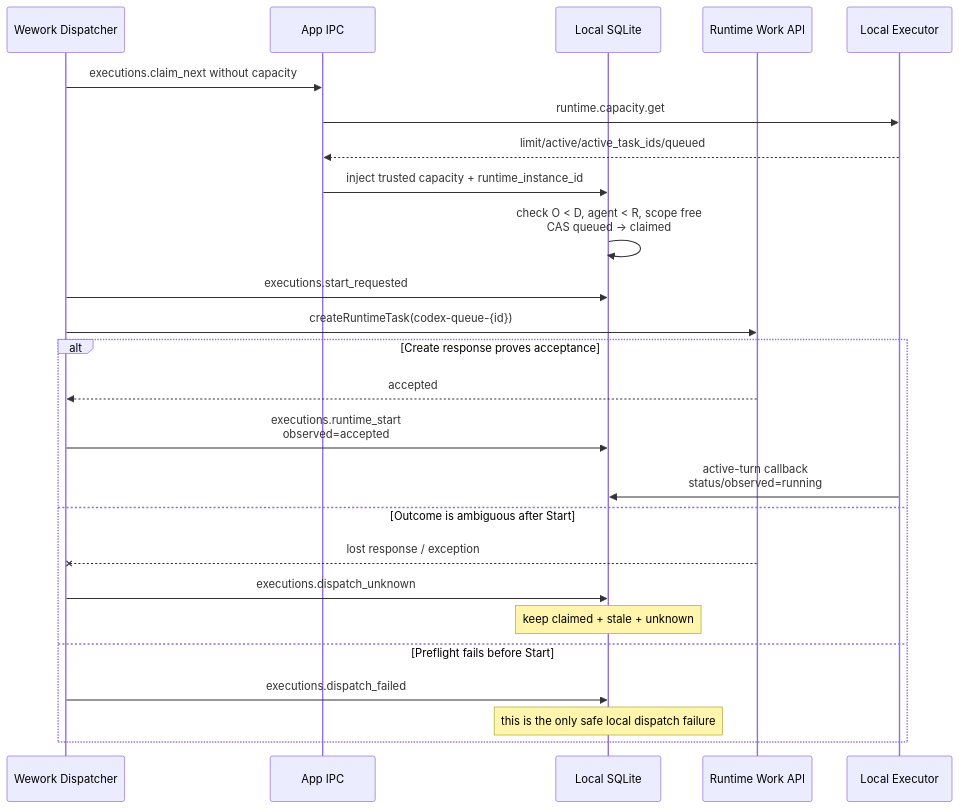
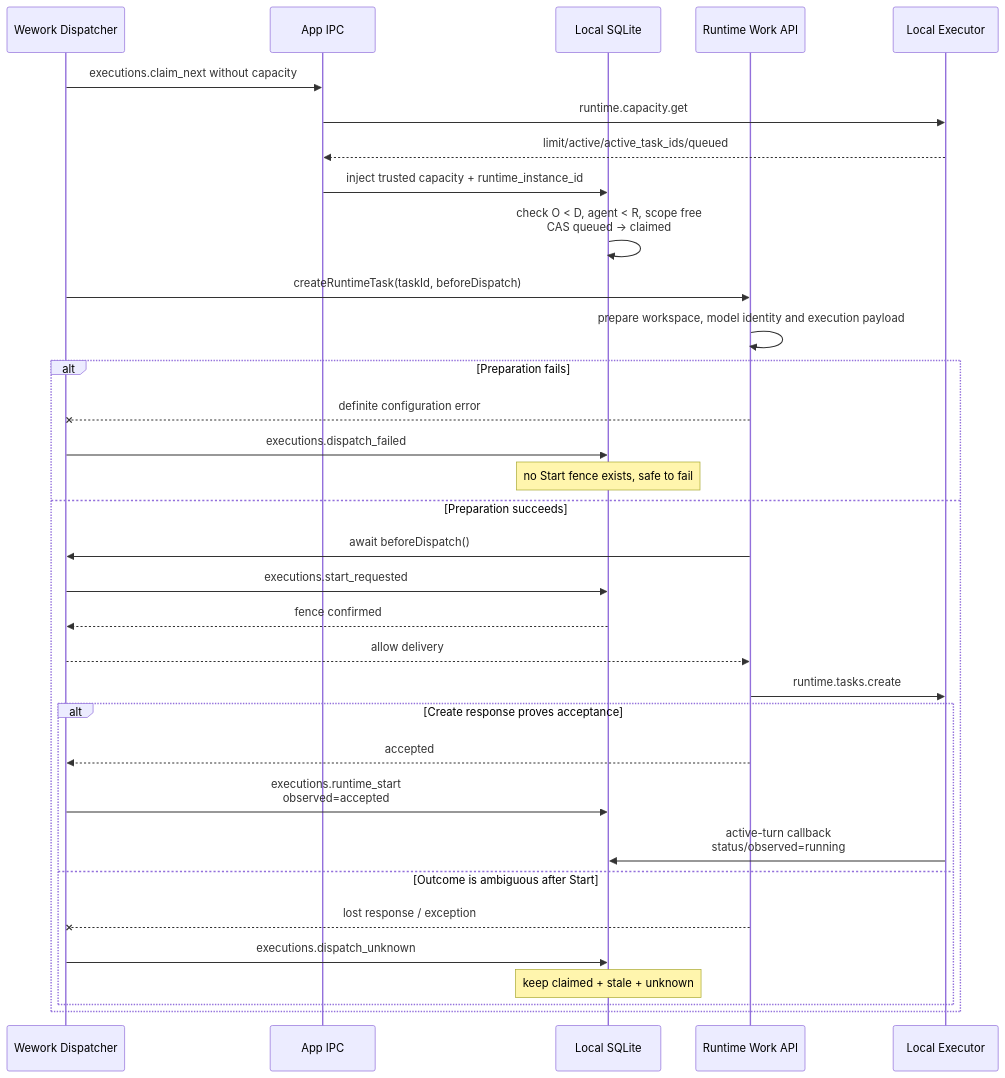
The fifth of 11 diagrams in docs/en/wework/developer-guide/wework-project-execution-state-truth-refactoring.md (wecode-ai/Wegent), drawn with Mermaid before and after one commit. The commit also changed other lines of this file and 11 other files, not shown here.

Commit message:
fix(wework): prepare runtime requests before fencing delivery

````diff
--- a/docs/en/wework/developer-guide/wework-project-execution-state-truth-refactoring.md
+++ b/docs/en/wework/developer-guide/wework-project-execution-state-truth-refactoring.md
@@ -219,27 +219,35 @@
 ```mermaid
 sequenceDiagram
   participant APP as Wework Dispatcher
   participant IPC as App IPC
   participant SQL as Local SQLite
   participant API as Runtime Work API
   participant R as Local Executor
   APP->>IPC: executions.claim_next without capacity
   IPC->>R: runtime.capacity.get
   R-->>IPC: limit/active/active_task_ids/queued
   IPC->>SQL: inject trusted capacity + runtime_instance_id
   SQL->>SQL: check O < D, agent < R, scope free<br/>CAS queued → claimed
-  APP->>SQL: executions.start_requested
-  APP->>API: createRuntimeTask(codex-queue-{id})
-  alt Create response proves acceptance
-    API-->>APP: accepted
-    APP->>SQL: executions.runtime_start<br/>observed=accepted
-    R->>SQL: active-turn callback<br/>status/observed=running
-  else Outcome is ambiguous after Start
-    API--xAPP: lost response / exception
-    APP->>SQL: executions.dispatch_unknown
-    Note over SQL: keep claimed + stale + unknown
-  else Preflight fails before Start
+  APP->>API: createRuntimeTask(taskId, beforeDispatch)
+  API->>API: prepare workspace, model identity and execution payload
+  alt Preparation fails
+    API--xAPP: definite configuration error
     APP->>SQL: executions.dispatch_failed
-    Note over SQL: this is the only safe local dispatch failure
+    Note over SQL: no Start fence exists, safe to fail
+  else Preparation succeeds
+    API->>APP: await beforeDispatch()
+    APP->>SQL: executions.start_requested
+    SQL-->>APP: fence confirmed
+    APP-->>API: allow delivery
+    API->>R: runtime.tasks.create
+    alt Create response proves acceptance
+      API-->>APP: accepted
+      APP->>SQL: executions.runtime_start<br/>observed=accepted
+      R->>SQL: active-turn callback<br/>status/observed=running
+    else Outcome is ambiguous after Start
+      API--xAPP: lost response / exception
+      APP->>SQL: executions.dispatch_unknown
+      Note over SQL: keep claimed + stale + unknown
+    end
   end
 ```
````
